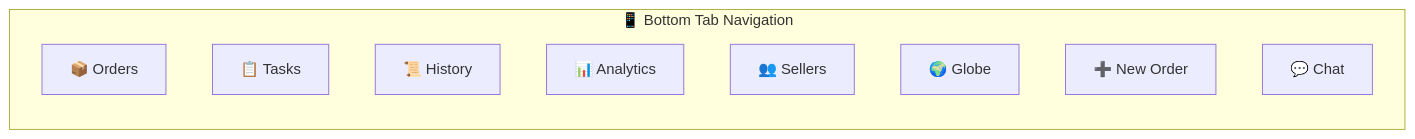
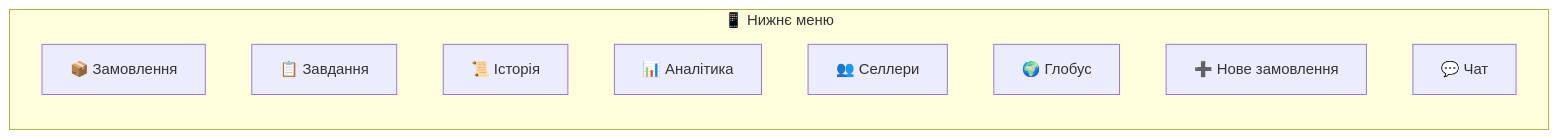
Before and after one commit to AutoPilotSoftware/docs: the fifth of 8 diagrams in src/content/docs/ua/pilot-faq.md, drawn with Mermaid. The commit also changed other lines of this file and 2 other files, not shown here.

First line of the commit message:
Simplify and localize all pilot-faq diagrams across RU/EN/UA

````diff
--- a/src/content/docs/ua/pilot-faq.md
+++ b/src/content/docs/ua/pilot-faq.md
@@ -319,14 +311,14 @@
 ```mermaid
 flowchart LR
-    subgraph Tabs["📱 Bottom Tab Navigation"]
+    subgraph Tabs["📱 Нижнє меню"]
         direction TB
-        T1["📦 Orders"]
-        T2["📋 Tasks"]
-        T3["📜 History"]
-        T4["📊 Analytics"]
-        T5["👥 Sellers"]
-        T6["🌍 Globe"]
-        T7["➕ New Order"]
-        T8["💬 Chat"]
+        T1["📦 Замовлення"]
+        T2["📋 Завдання"]
+        T3["📜 Історія"]
+        T4["📊 Аналітика"]
+        T5["👥 Селлери"]
+        T6["🌍 Глобус"]
+        T7["➕ Нове замовлення"]
+        T8["💬 Чат"]
     end
 ```
````
